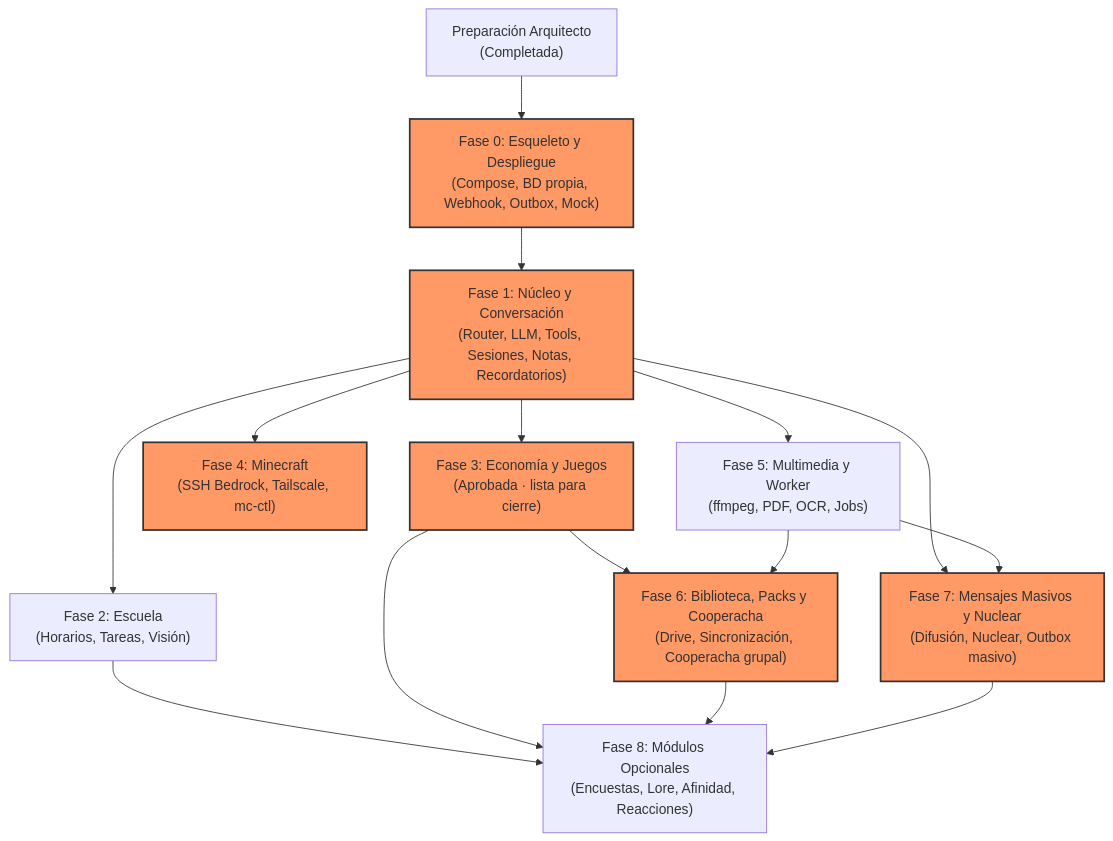
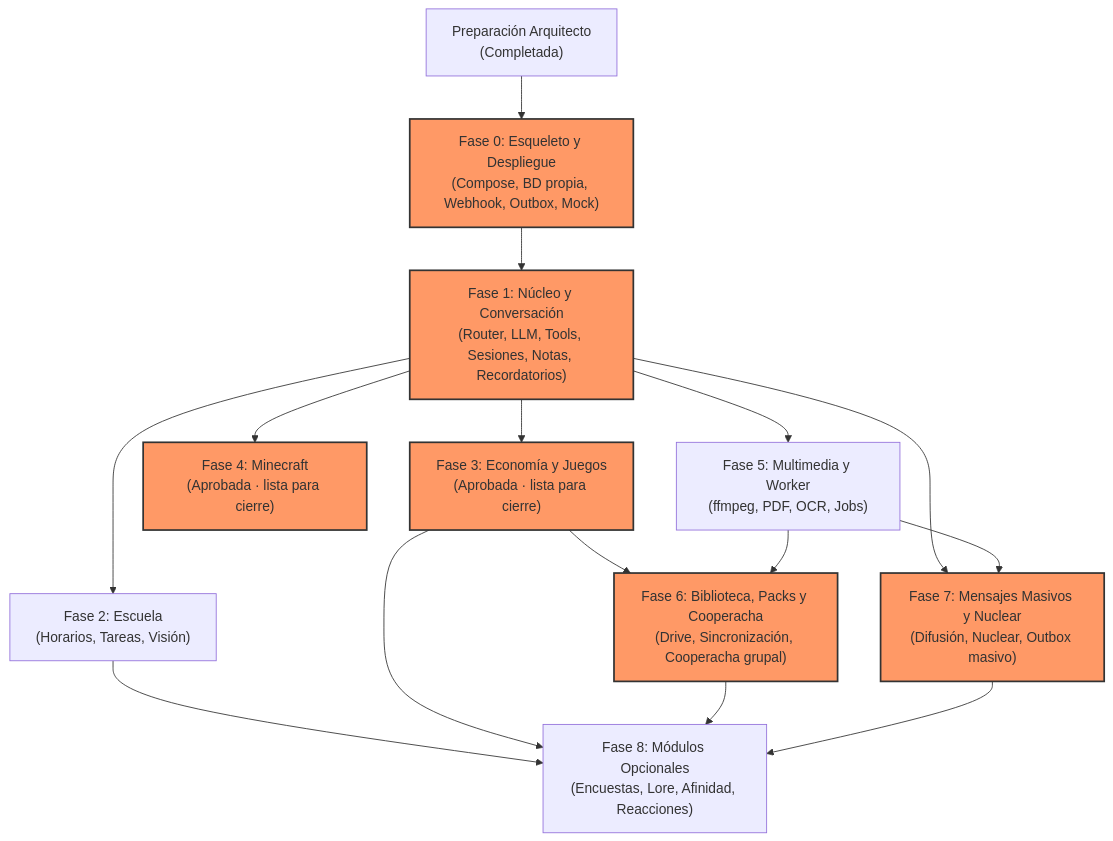
One commit to Yzy-zu/Botskyp changed the diagram in docs/ROADMAP.md. Above: the diagram before and after it, drawn with Mermaid. The commit also changed other lines of this file and 29 other files, not shown here.

````diff
--- a/docs/ROADMAP.md
+++ b/docs/ROADMAP.md
@@ -14,24 +14,24 @@
 ```mermaid
 flowchart TD
     prep["Preparación Arquitecto<br/>(Completada)"] --> f0["Fase 0: Esqueleto y Despliegue<br/>(Compose, BD propia, Webhook, Outbox, Mock)"]
     f0 --> f1["Fase 1: Núcleo y Conversación<br/>(Router, LLM, Tools, Sesiones, Notas, Recordatorios)"]
     
     f1 --> f2["Fase 2: Escuela<br/>(Horarios, Tareas, Visión)"]
     f1 --> f3["Fase 3: Economía y Juegos<br/>(Aprobada · lista para cierre)"]
-    f1 --> f4["Fase 4: Minecraft<br/>(SSH Bedrock, Tailscale, mc-ctl)"]
+    f1 --> f4["Fase 4: Minecraft<br/>(Aprobada · lista para cierre)"]
     f1 --> f5["Fase 5: Multimedia y Worker<br/>(ffmpeg, PDF, OCR, Jobs)"]
     
     f3 --> f6["Fase 6: Biblioteca, Packs y Cooperacha<br/>(Drive, Sincronización, Cooperacha grupal)"]
     f5 --> f6
     
     f1 --> f7["Fase 7: Mensajes Masivos y Nuclear<br/>(Difusión, Nuclear, Outbox masivo)"]
     f5 --> f7
     
     f2 --> f8["Fase 8: Módulos Opcionales<br/>(Encuestas, Lore, Afinidad, Reacciones)"]
     f3 --> f8
     f6 --> f8
     f7 --> f8
 
     classDef critical fill:#f96,stroke:#333,stroke-width:2px;
     class f0,f1,f3,f4,f6,f7 critical;
 ```
````
